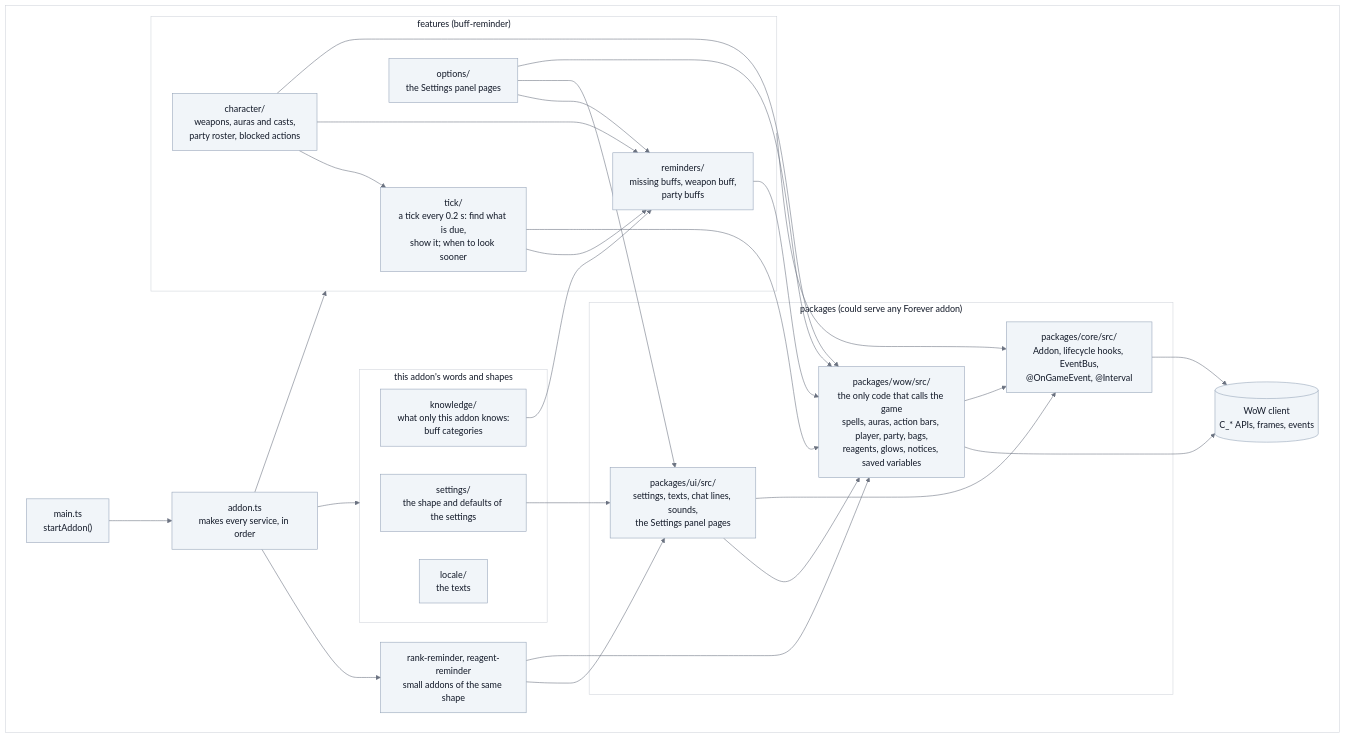
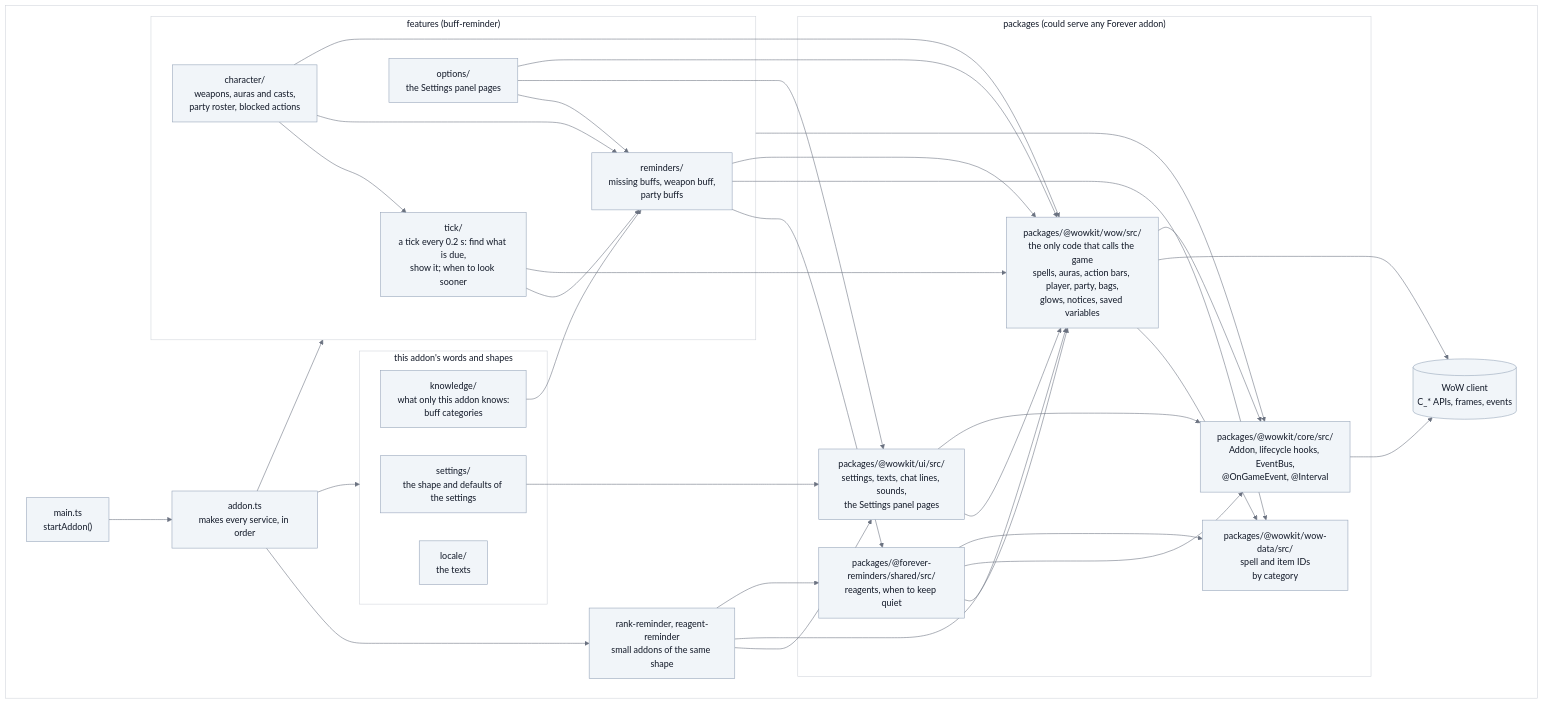
The third of 9 diagrams in docs/architecture.md (vattiss/wowkit), drawn with Mermaid before and after one commit. The commit also changed other lines of this file and 205 other files, not shown here.

First line of the commit message:
refactor: make wow a pure facade, and add wow-data, shared and the wowkit-check addon

````diff
--- a/docs/architecture.md
+++ b/docs/architecture.md
@@ -78,56 +113,65 @@
 ```mermaid
 %%{init: {"theme":"base","themeVariables":{"background":"#ffffff","lineColor":"#6b7280","textColor":"#111827","primaryColor":"#f1f5f9","primaryTextColor":"#111827","primaryBorderColor":"#94a3b8","secondaryColor":"#e2e8f0","tertiaryColor":"#ffffff","mainBkg":"#f1f5f9","nodeBorder":"#94a3b8","nodeTextColor":"#111827","titleColor":"#111827","edgeLabelBackground":"#ffffff","labelBackground":"#ffffff","labelTextColor":"#111827","clusterBkg":"#ffffff","clusterBorder":"#d1d5db","classText":"#111827","actorBkg":"#f1f5f9","actorTextColor":"#111827","actorBorder":"#94a3b8","actorLineColor":"#6b7280","signalColor":"#374151","signalTextColor":"#111827","noteBkgColor":"#fef9c3","noteTextColor":"#111827","noteBorderColor":"#ca8a04"}}}%%
 flowchart TB
     classDef default fill:#f1f5f9,stroke:#94a3b8,color:#111827
     subgraph PANEL[" "]
         main["main.ts<br/>startAddon()"] --> wiring["addon.ts<br/>makes every service, in order"]
 
         subgraph words["this addon's words and shapes"]
             settings["settings/<br/>the shape and defaults of the settings"]
             locale["locale/<br/>the texts"]
             knowledge["knowledge/<br/>what only this addon knows:<br/>buff categories"]
         end
 
         subgraph features["features (buff-reminder)"]
             tick["tick/<br/>a tick every 0.2 s: find what is due,<br/>show it; when to look sooner"]
             character["character/<br/>weapons, auras and casts,<br/>party roster, blocked actions"]
             options["options/<br/>the Settings panel pages"]
             reminders["reminders/<br/>missing buffs, weapon buff,<br/>party buffs"]
         end
 
         others["rank-reminder, reagent-reminder<br/>small addons of the same shape"]
 
         subgraph toolkit["packages (could serve any Forever addon)"]
-            ui["packages/ui/src/<br/>settings, texts, chat lines, sounds,<br/>the Settings panel pages"]
-            wow["packages/wow/src/<br/>the only code that calls the game<br/>spells, auras, action bars, player, party, bags,<br/>reagents, glows, notices, saved variables"]
-            core["packages/core/src/<br/>Addon, lifecycle hooks, EventBus,<br/>@OnGameEvent, @Interval"]
+            ui["packages/@wowkit/ui/src/<br/>settings, texts, chat lines, sounds,<br/>the Settings panel pages"]
+            wow["packages/@wowkit/wow/src/<br/>the only code that calls the game<br/>spells, auras, action bars, player, party, bags,<br/>glows, notices, saved variables"]
+            shared["packages/@forever-reminders/shared/src/<br/>reagents, when to keep quiet"]
+            wowdata["packages/@wowkit/wow-data/src/<br/>spell and item IDs<br/>by category"]
+            core["packages/@wowkit/core/src/<br/>Addon, lifecycle hooks, EventBus,<br/>@OnGameEvent, @Interval"]
         end
 
         game[("WoW client<br/>C_* APIs, frames, events")]
 
         wiring --> words
         wiring --> features
         wiring --> others
         others --> ui
         others --> wow
+        others --> shared
+        reminders --> shared
+        shared --> wow
+        shared --> core
+        shared --> wowdata
+        wow --> wowdata
+        reminders --> wowdata
         tick --> reminders
         tick --> wow
         character --> tick
         character --> reminders
         character --> wow
         options --> reminders
         options --> ui
         options --> wow
         knowledge --> reminders
         reminders --> wow
         settings --> ui
         ui --> wow
         wow --> game
         wow --> core
         ui --> core
         core --> game
         features --> core
     end
     classDef panel fill:#ffffff,stroke:#d1d5db,color:#111827
     class PANEL panel
 ```
````
